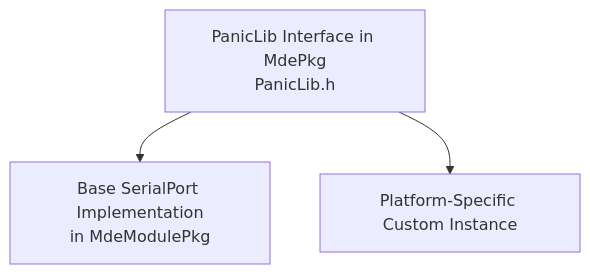
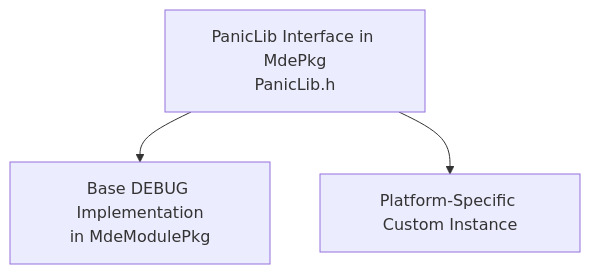
The diagram in rfc/text/0000-paniclib.md (apop5/tianocore-wiki.github.io), drawn with Mermaid before and after one commit. The commit also changed other lines of this file, not shown here.

````diff
--- a/rfc/text/0000-paniclib.md
+++ b/rfc/text/0000-paniclib.md
@@ -150,5 +138,5 @@
 ```mermaid
 flowchart TD
-    A[PanicLib Interface in MdePkg\nPanicLib.h] --> B[Base SerialPort Implementation\nin MdeModulePkg]
+    A[PanicLib Interface in MdePkg\nPanicLib.h] --> B[Base DEBUG Implementation\nin MdeModulePkg]
     A --> C[Platform-Specific Custom Instance]
 ```
````
